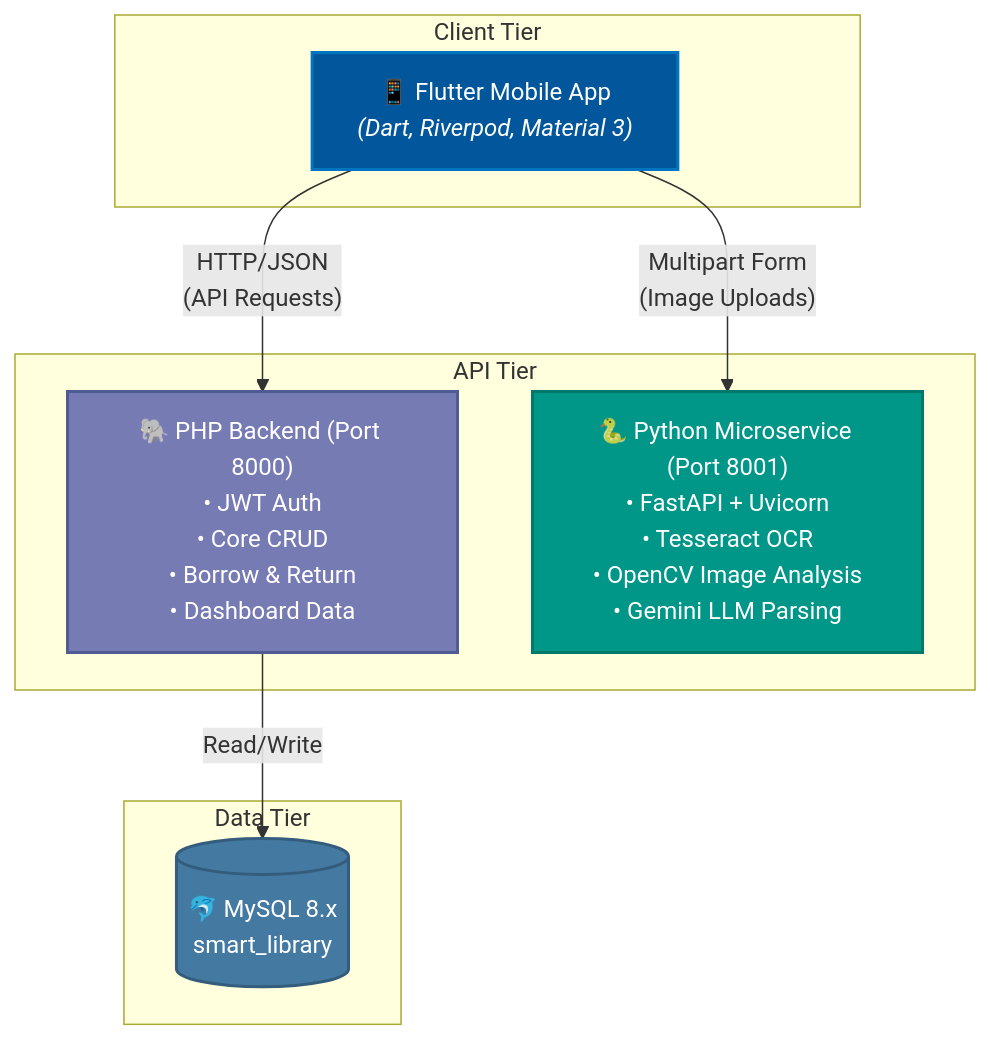
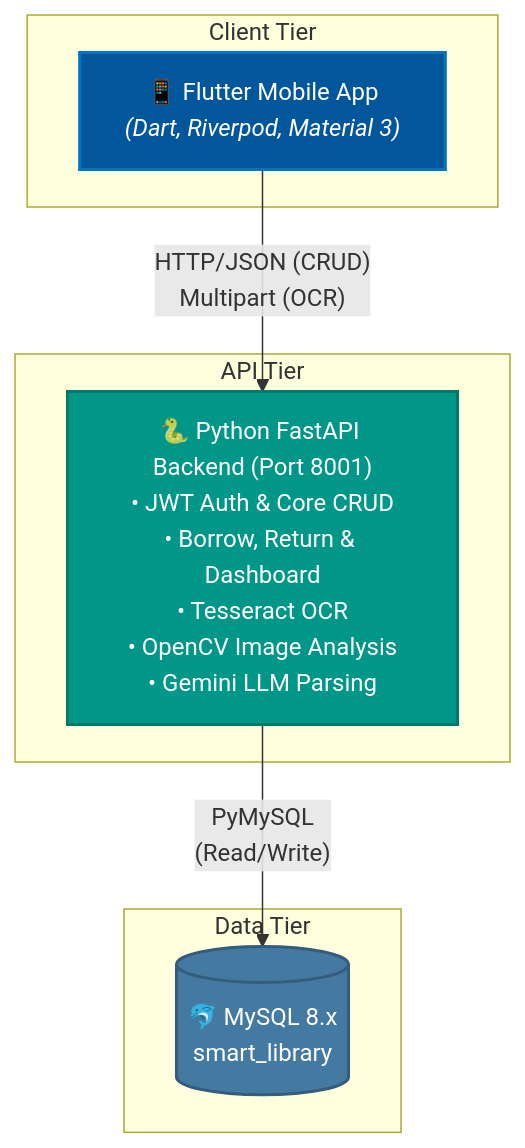
Before and after one commit to prasajanravishka/library_system-: the first of 2 diagrams in doc/README.md, drawn with Mermaid. The commit also changed other lines of this file and 3 other files, not shown here.

Commit message:
docs: add project documentation including architecture, walkthrough, and workflow guides

````diff
--- a/doc/README.md
+++ b/doc/README.md
@@ -56,32 +54,28 @@
 ```mermaid
 graph TD
     subgraph Client_Tier [Client Tier]
         Flutter["📱 Flutter Mobile App<br/><i>(Dart, Riverpod, Material 3)</i>"]
     end
 
     subgraph API_Tier [API Tier]
-        PHP["🐘 PHP Backend (Port 8000)<br/>• JWT Auth<br/>• Core CRUD<br/>• Borrow & Return<br/>• Dashboard Data"]
-        Python["🐍 Python Microservice (Port 8001)<br/>• FastAPI + Uvicorn<br/>• Tesseract OCR<br/>• OpenCV Image Analysis<br/>• Gemini LLM Parsing"]
+        Python["🐍 Python FastAPI Backend (Port 8001)<br/>• JWT Auth & Core CRUD<br/>• Borrow, Return & Dashboard<br/>• Tesseract OCR<br/>• OpenCV Image Analysis<br/>• Gemini LLM Parsing"]
     end
 
     subgraph Data_Tier [Data Tier]
         MySQL[(🐬 MySQL 8.x<br/>smart_library)]
     end
 
     %% Connections
-    Flutter -- "HTTP/JSON<br/>(API Requests)" --> PHP
-    Flutter -- "Multipart Form<br/>(Image Uploads)" --> Python
+    Flutter -- "HTTP/JSON (CRUD)<br/>Multipart (OCR)" --> Python
     
-    PHP -- "Read/Write" --> MySQL
+    Python -- "PyMySQL<br/>(Read/Write)" --> MySQL
 
     %% Styling
     classDef flutter fill:#02569B,stroke:#0175C2,stroke-width:2px,color:#fff;
-    classDef php fill:#777BB4,stroke:#4F5B93,stroke-width:2px,color:#fff;
     classDef python fill:#009688,stroke:#00796B,stroke-width:2px,color:#fff;
     classDef db fill:#4479A1,stroke:#345D7D,stroke-width:2px,color:#fff;
     
     class Flutter flutter;
-    class PHP php;
     class Python python;
     class MySQL db;
 ```
````
